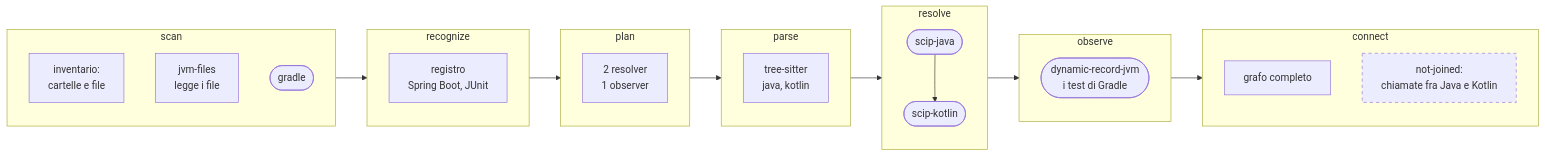
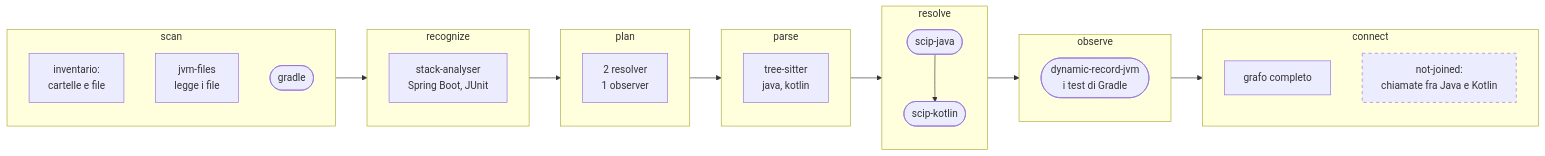
Before and after one commit to acaprino/daodan: the third of 4 diagrams in docs/plugins/codebase-map.md, drawn with Mermaid. The commit also changed other lines of this file and 9 other files, not shown here.

````diff
--- a/docs/plugins/codebase-map.md
+++ b/docs/plugins/codebase-map.md
@@ -158,29 +158,29 @@
 ```mermaid
 flowchart LR
   subgraph scan
     b0["inventario:<br>cartelle e file"]
     b1[jvm-files<br>legge i file]
     b2([gradle])
   end
   subgraph recognize
-    c1[registro<br>Spring Boot, JUnit]
+    c1[stack-analyser<br>Spring Boot, JUnit]
   end
   subgraph plan
     d1[2 resolver<br>1 observer]
   end
   subgraph parse
     a1[tree-sitter<br>java, kotlin]
   end
   subgraph resolve
     e1([scip-java]) --> e2([scip-kotlin])
   end
   subgraph observe
     f1([dynamic-record-jvm<br>i test di Gradle])
   end
   subgraph connect
     g1[grafo completo]
     g2["not-joined:<br>chiamate fra Java e Kotlin"]:::gap
   end
   scan --> recognize --> plan --> parse --> resolve --> observe --> connect
   classDef gap stroke-dasharray: 5 5
 ```
````
